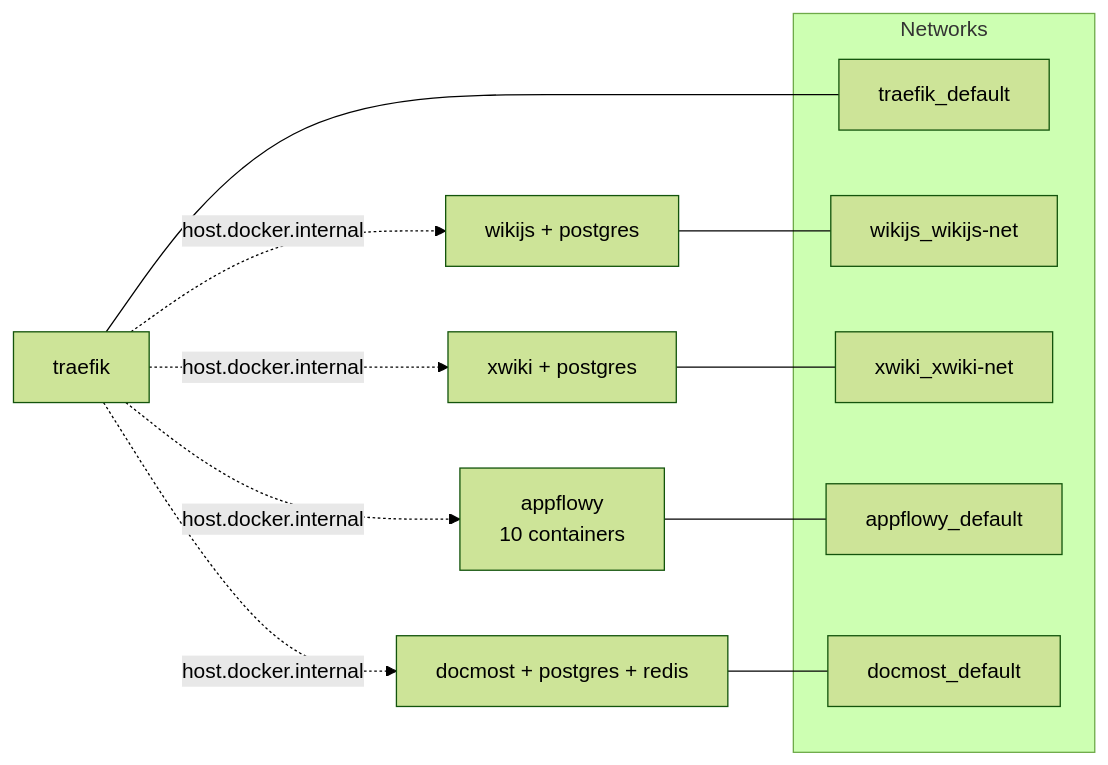
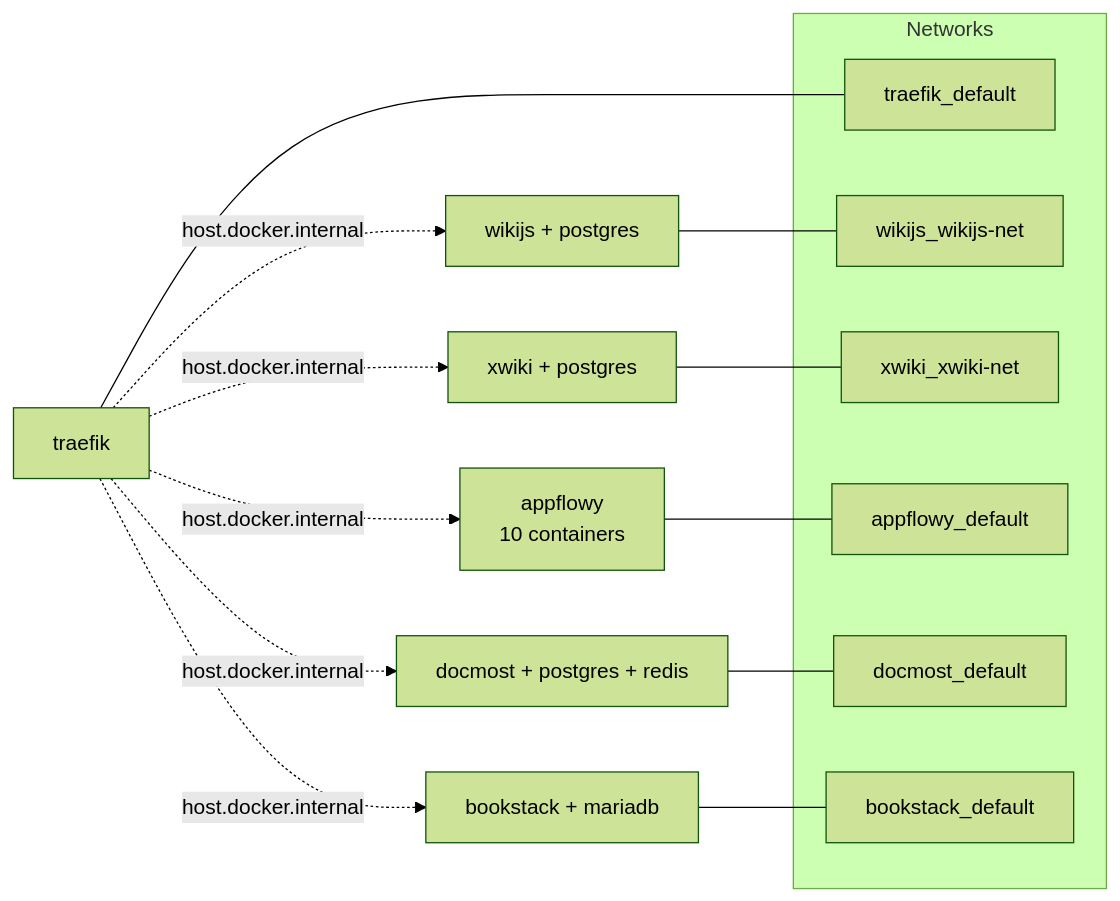
One commit to chill-pickle/vps-000 changed the fourth of 4 diagrams in docs/infrastructure.md. Above: the diagram before and after it, drawn with Mermaid (forest theme). The commit also changed other lines of this file and 1 other file, not shown here.

````diff
--- a/docs/infrastructure.md
+++ b/docs/infrastructure.md
@@ -201,21 +209,24 @@
 ```mermaid
 graph LR
     subgraph Networks
         TN[traefik_default]
         WN[wikijs_wikijs-net]
         XN[xwiki_xwiki-net]
         AN[appflowy_default]
         DN[docmost_default]
+        BN[bookstack_default]
     end
 
     T[traefik] --- TN
     WJ[wikijs + postgres] --- WN
     XW[xwiki + postgres] --- XN
     AF[appflowy<br/>10 containers] --- AN
     DMS[docmost + postgres + redis] --- DN
+    BSS[bookstack + mariadb] --- BN
 
     T -.->|host.docker.internal| WJ
     T -.->|host.docker.internal| XW
     T -.->|host.docker.internal| AF
     T -.->|host.docker.internal| DMS
+    T -.->|host.docker.internal| BSS
 ```
````
